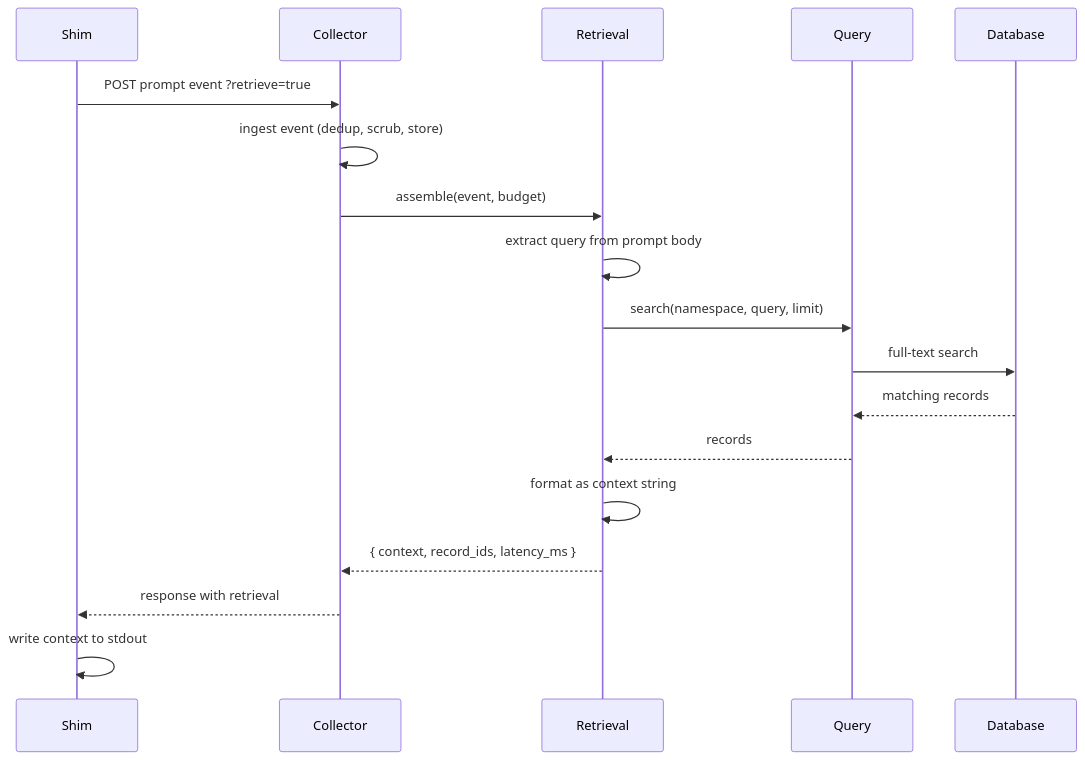
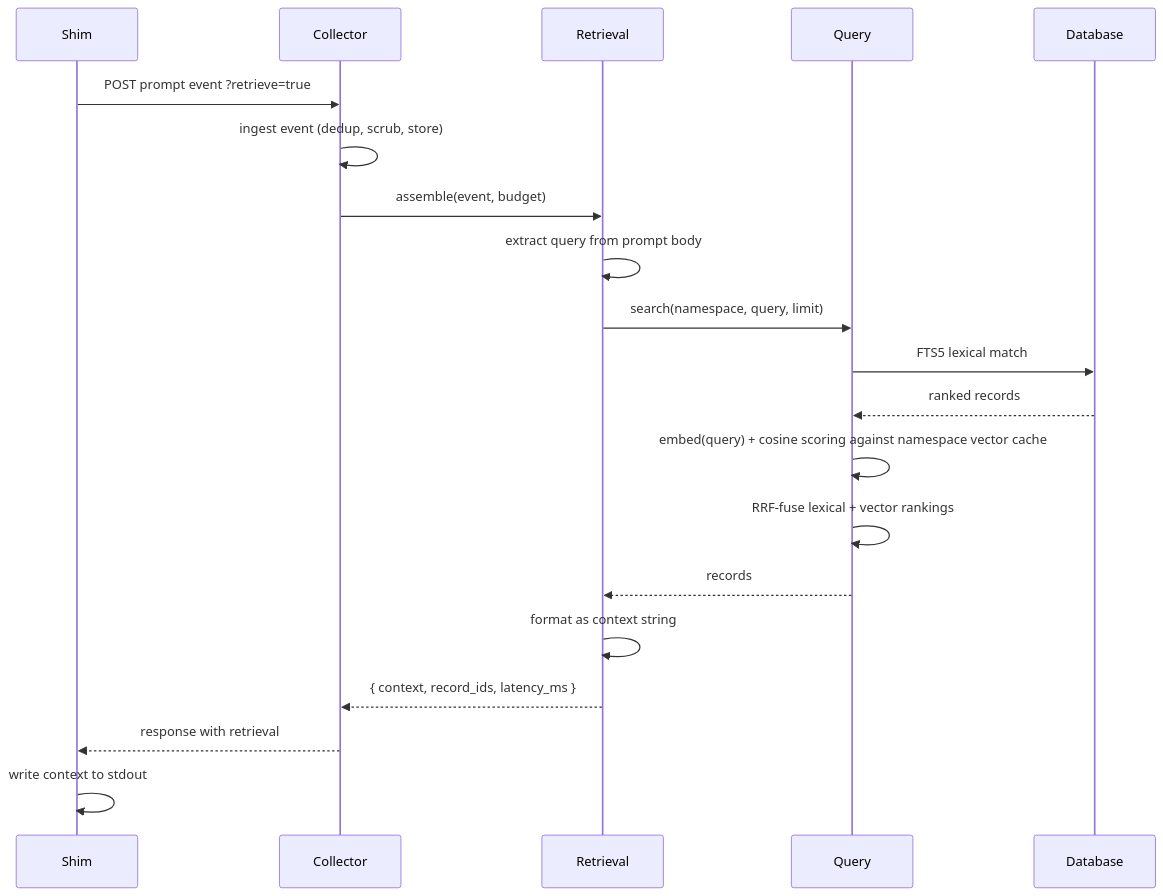
The first of 4 diagrams in docs/architecture/retrieval.mdx (brendangeck/kiro-learn), drawn with Mermaid before and after one commit. The commit also changed other lines of this file and 80 other files, not shown here.

````diff
--- a/docs/architecture/retrieval.mdx
+++ b/docs/architecture/retrieval.mdx
@@ -19,21 +19,23 @@
 ```mermaid
 sequenceDiagram
     participant Shim
     participant Collector
     participant Retrieval
     participant Query
     participant Database
 
     Shim->>Collector: POST prompt event ?retrieve=true
     Collector->>Collector: ingest event (dedup, scrub, store)
     Collector->>Retrieval: assemble(event, budget)
     Retrieval->>Retrieval: extract query from prompt body
     Retrieval->>Query: search(namespace, query, limit)
-    Query->>Database: full-text search
-    Database-->>Query: matching records
+    Query->>Database: FTS5 lexical match
+    Database-->>Query: ranked records
+    Query->>Query: embed(query) + cosine scoring against namespace vector cache
+    Query->>Query: RRF-fuse lexical + vector rankings
     Query-->>Retrieval: records
     Retrieval->>Retrieval: format as context string
     Retrieval-->>Collector: { context, record_ids, latency_ms }
     Collector-->>Shim: response with retrieval
     Shim->>Shim: write context to stdout
 ```
````
